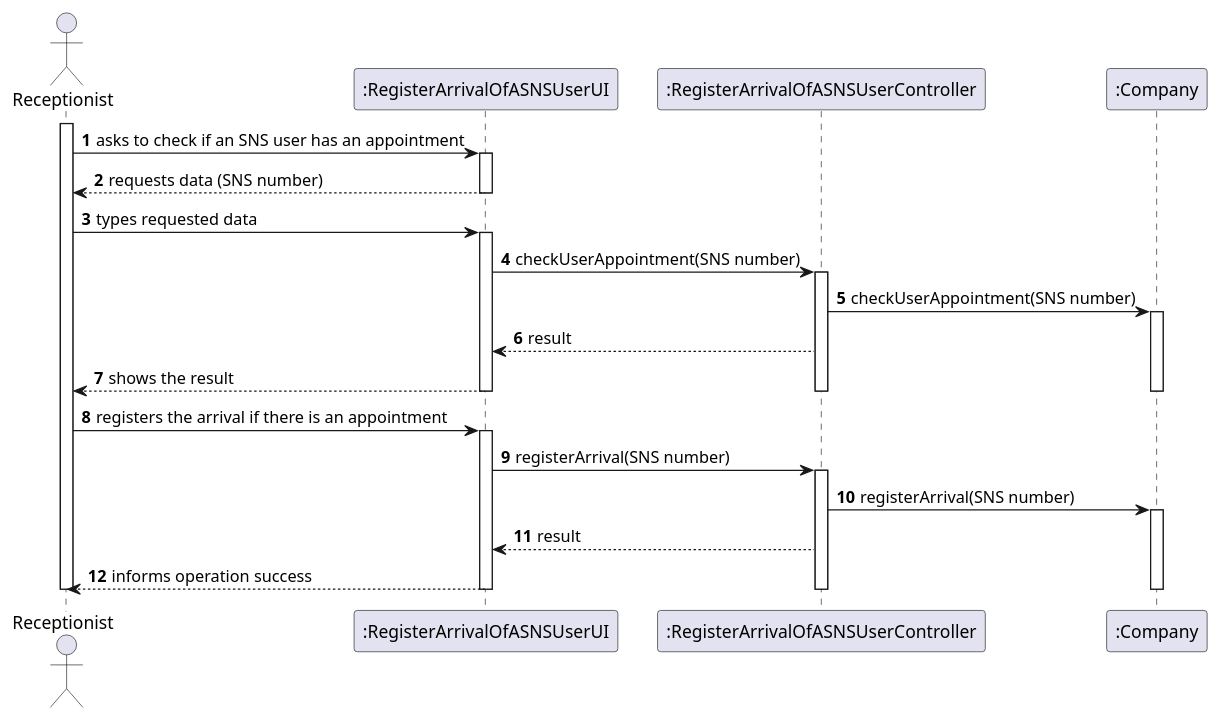
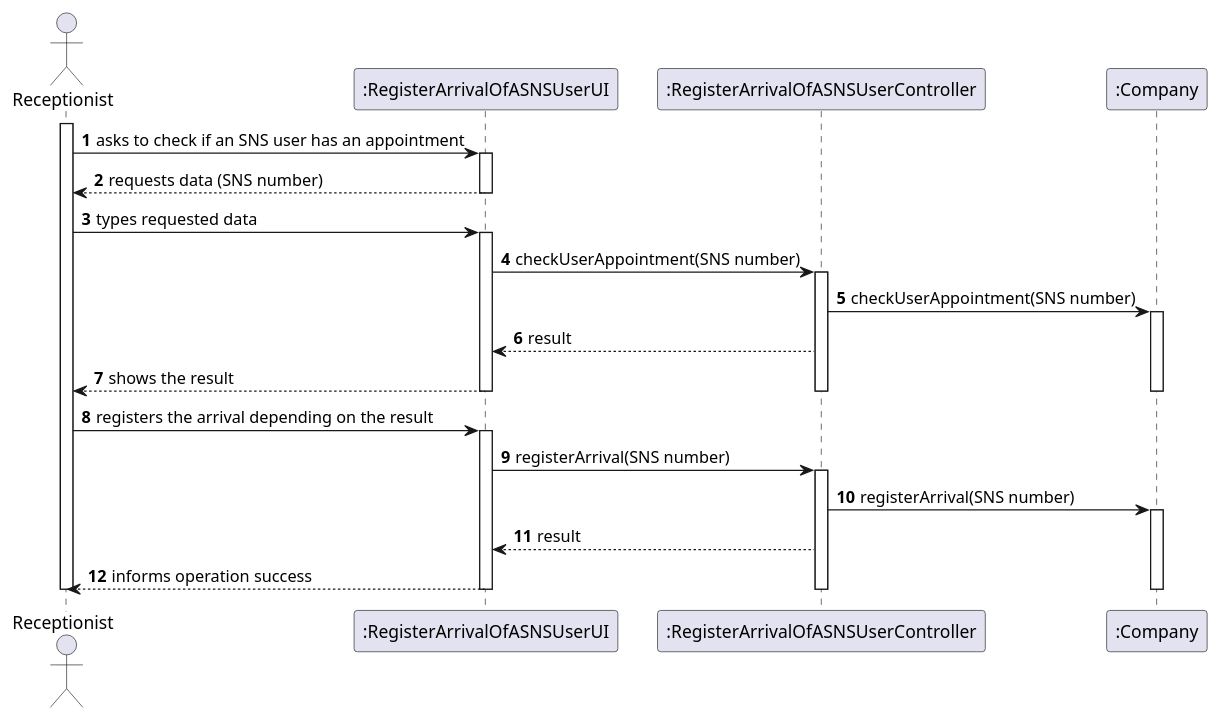
Before and after one commit to Pirussa/lei-22-s2-1da-g02: the diagram in docs/SprintC/US004/US004_SD.puml, drawn with PlantUML. The commit also changed 9 other files, not shown here.

Commit message:
US004 Progress on Implementation - Creation of some methods to check the requirements overall and registration of the arrival. Progress on US template - Develpment of every diagram and further improvements.

```diff
--- a/docs/SprintC/US004/US004_SD.puml
+++ b/docs/SprintC/US004/US004_SD.puml
@@ -1,58 +1,58 @@
 @startuml
 autonumber
 
 actor "Receptionist" as R
 
 participant ":RegisterArrivalOfASNSUserUI" as UI
 participant ":RegisterArrivalOfASNSUserController" as CTRL
 participant ":Company" as C
 
 activate R
 
 R -> UI : asks to check if an SNS user has an appointment
 activate UI
 
 UI --> R : requests data (SNS number)
 deactivate UI
 
 R -> UI : types requested data
 activate UI
 
 UI -> CTRL : checkUserAppointment(SNS number)
 activate CTRL
 
 CTRL -> C : checkUserAppointment(SNS number)
 activate C
 
 CTRL --> UI : result
 
 UI --> R: shows the result
 
 deactivate C
 deactivate CTRL
 deactivate UI
 
 
-R -> UI : registers the arrival if there is an appointment
+R -> UI : registers the arrival depending on the result
 activate UI
 
 UI -> CTRL : registerArrival(SNS number)
 activate CTRL
 
 CTRL -> C : registerArrival(SNS number)
 activate C
 
 
 
 
 CTRL --> UI: result
 
 UI --> R : informs operation success
 
 deactivate C
 deactivate CTRL
 deactivate UI
 deactivate R
 
 
 @enduml
```
